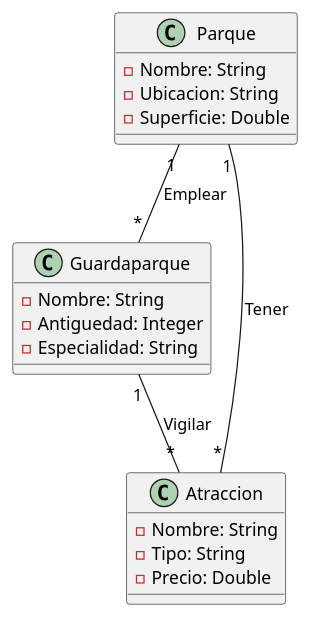
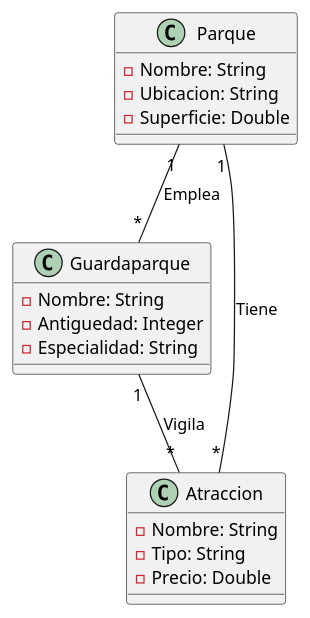
The diagram in Diagram UML Actividad/DiagramaTest.puml (DavidSantiagoEscamilla/Actividad1POO), drawn with PlantUML before and after one commit.

Commit message:
Actualización de Diagrama
Cambio en código

```diff
--- a/Diagram UML Actividad/DiagramaTest.puml
+++ b/Diagram UML Actividad/DiagramaTest.puml
@@ -1,22 +1,22 @@
 class Parque {
     -Nombre: String
     -Ubicacion: String
     -Superficie: Double
 }
 
 class Guardaparque {
     -Nombre: String
     -Antiguedad: Integer
     -Especialidad: String
 }
 
 class Atraccion {
     -Nombre: String
     -Tipo: String
     -Precio: Double
 }
 
 ' Relaciones
-Parque "1" -- "*" Atraccion : Tener
-Parque "1" -- "*" Guardaparque : Emplear
-Guardaparque "1" -- "*" Atraccion : Vigilar
+Parque "1" -- "*" Atraccion : Tiene
+Parque "1" -- "*" Guardaparque : Emplea
+Guardaparque "1" -- "*" Atraccion : Vigila
```
